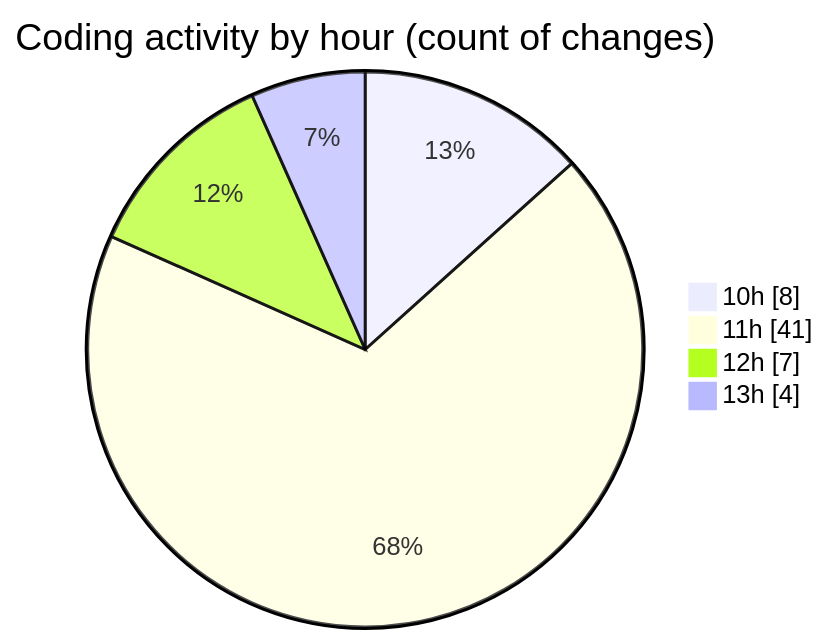
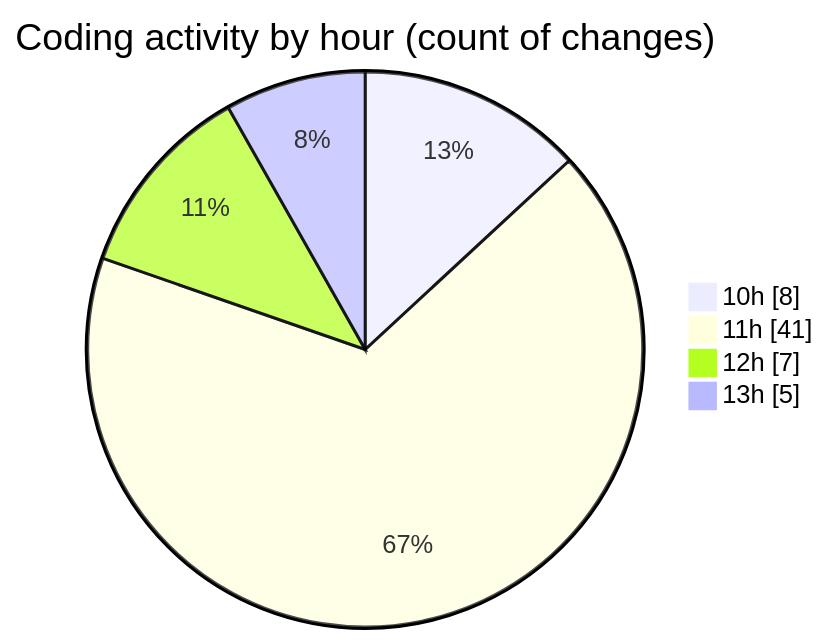
Before and after one commit to momahboobian/code-tracking: the second of 2 diagrams in 2026-10-13/cda/README.md, drawn with Mermaid. The commit also changed other lines of this file and 1 other file, not shown here.

````diff
--- a/2026-10-13/cda/README.md
+++ b/2026-10-13/cda/README.md
@@ -50,8 +50,8 @@
 ```mermaid
 pie showData
 title Coding activity by hour (count of changes)
 "10h" : 8
 "11h" : 41
 "12h" : 7
-"13h" : 4
+"13h" : 5
 ```
````
